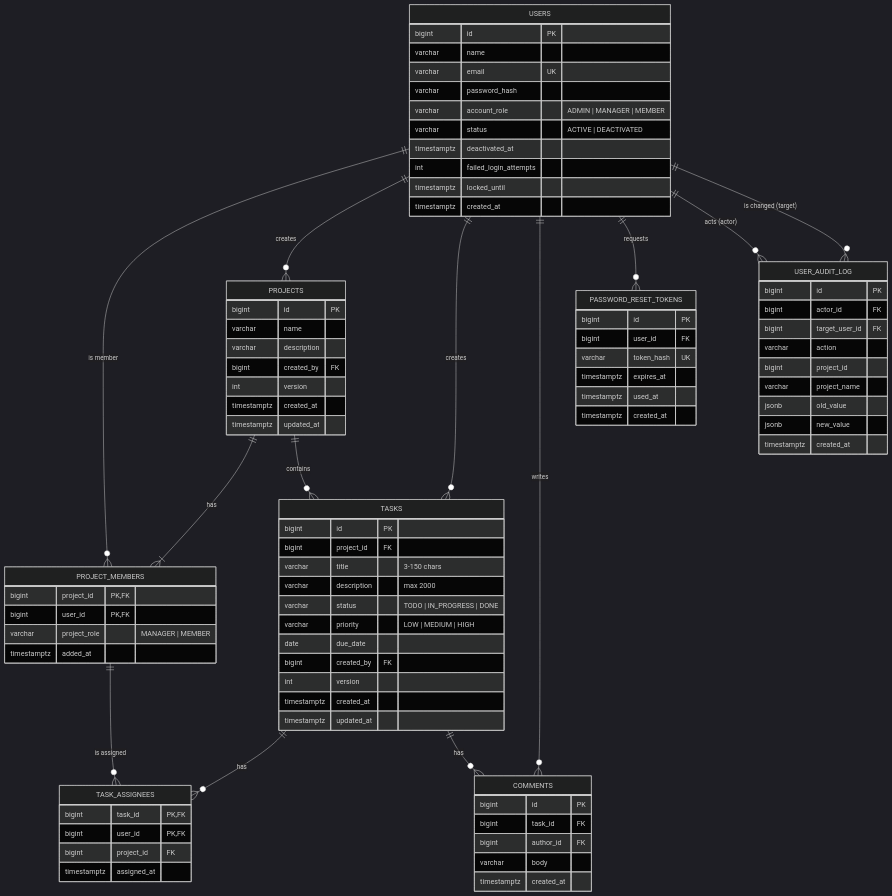
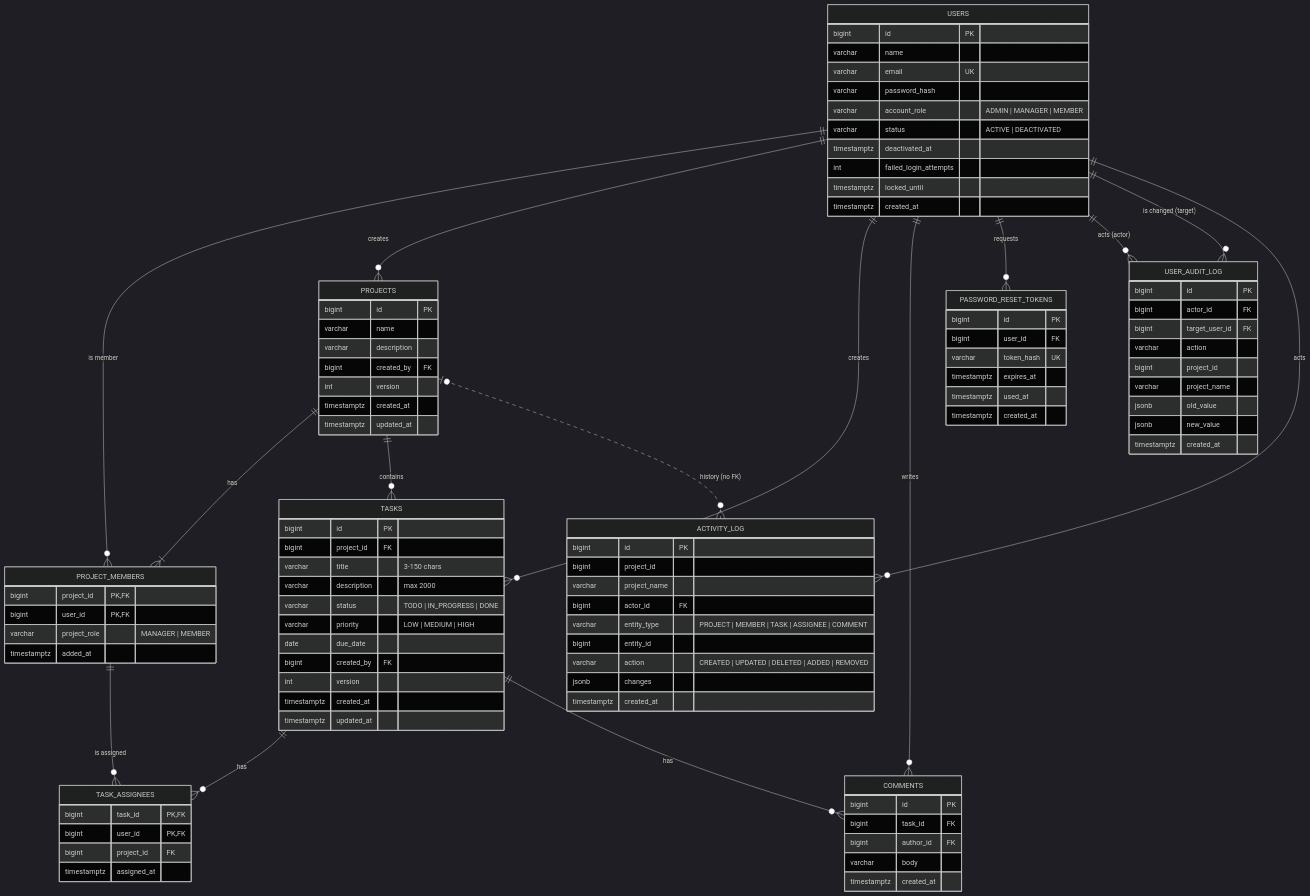
The diagram in docs/database.md (davidmarquees/matriz-task-manager), drawn with Mermaid (dark theme) before and after one commit. The commit also changed other lines of this file and 4 other files, not shown here.

Commit message:
Add OpenAPI contract for task create, read and update, and project activity log

```diff
--- a/docs/database.md
+++ b/docs/database.md
@@ -231,6 +256,20 @@
     USERS ||--o{ PASSWORD_RESET_TOKENS : "requests"
     USERS ||--o{ USER_AUDIT_LOG : "acts (actor)"
     USERS ||--o{ USER_AUDIT_LOG : "is changed (target)"
+    USERS ||--o{ ACTIVITY_LOG : "acts"
+    PROJECTS |o..o{ ACTIVITY_LOG : "history (no FK)"
+
+    ACTIVITY_LOG {
+        bigint id PK
+        bigint project_id
+        varchar project_name
+        bigint actor_id FK
+        varchar entity_type "PROJECT | MEMBER | TASK | ASSIGNEE | COMMENT"
+        bigint entity_id
+        varchar action "CREATED | UPDATED | DELETED | ADDED | REMOVED"
+        jsonb changes
+        timestamptz created_at
+    }
 
     PASSWORD_RESET_TOKENS {
         bigint id PK
```
